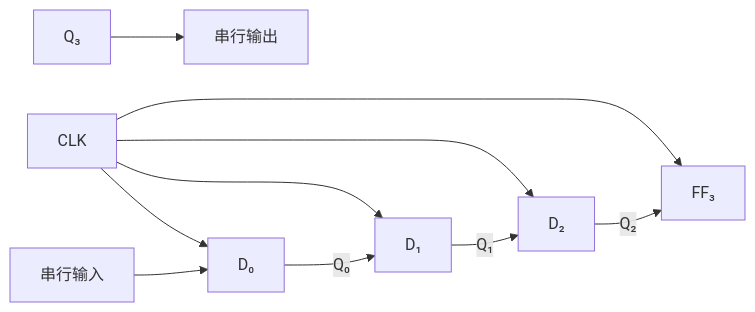
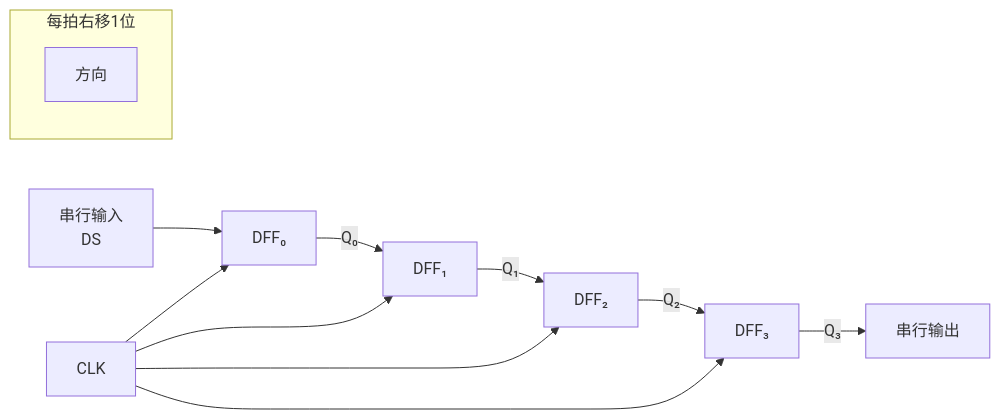
Diagram 12 of 18 in 数电/第六章：时序逻辑电路.md (Ling-cn111/study-notes-2026), drawn with Mermaid before and after one commit. The commit also changed other lines of this file and 2 other files, not shown here.

````diff
--- a/数电/第六章：时序逻辑电路.md
+++ b/数电/第六章：时序逻辑电路.md
@@ -350,12 +770,15 @@
 ```mermaid
 flowchart LR
-    DSI[串行输入] --> FF0[D₀]
-    FF0 -->|Q₀| FF1[D₁]
-    FF1 -->|Q₁| FF2[D₂]
-    FF2 -->|Q₂| FF3[D₃]
-    Q3[Q₃] --> DSO[串行输出]
+    DSI[串行输入<br/>DS] --> FF0[DFF₀]
+    FF0 -->|Q₀| FF1[DFF₁]
+    FF1 -->|Q₁| FF2[DFF₂]
+    FF2 -->|Q₂| FF3[DFF₃]
+    FF3 -->|Q₃| DSO[串行输出]
     CLK --> FF0
     CLK --> FF1
     CLK --> FF2
-    CLK --> FF3[FF₃]
+    CLK --> FF3
+    subgraph 每拍右移1位
+        DIR[方向]
+    end
 ```
````
